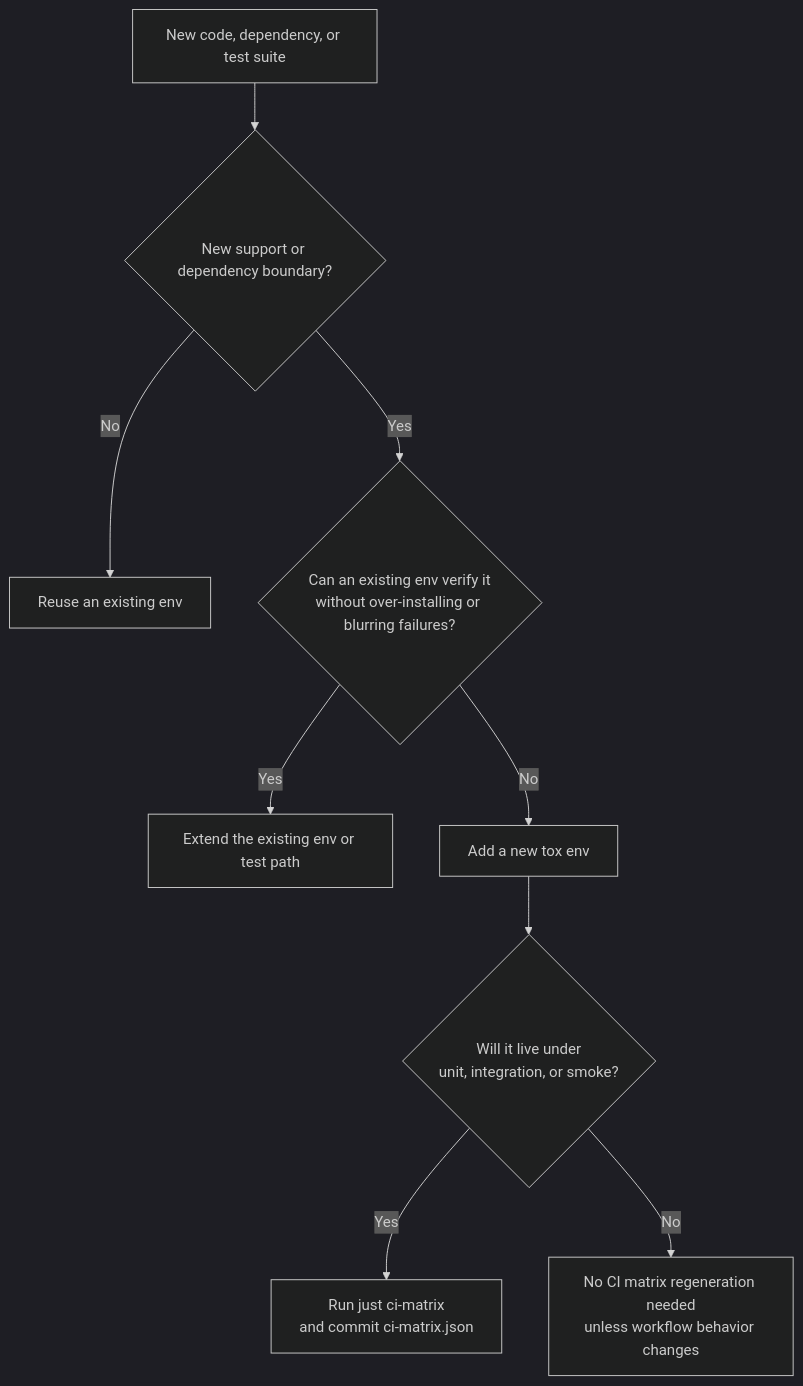
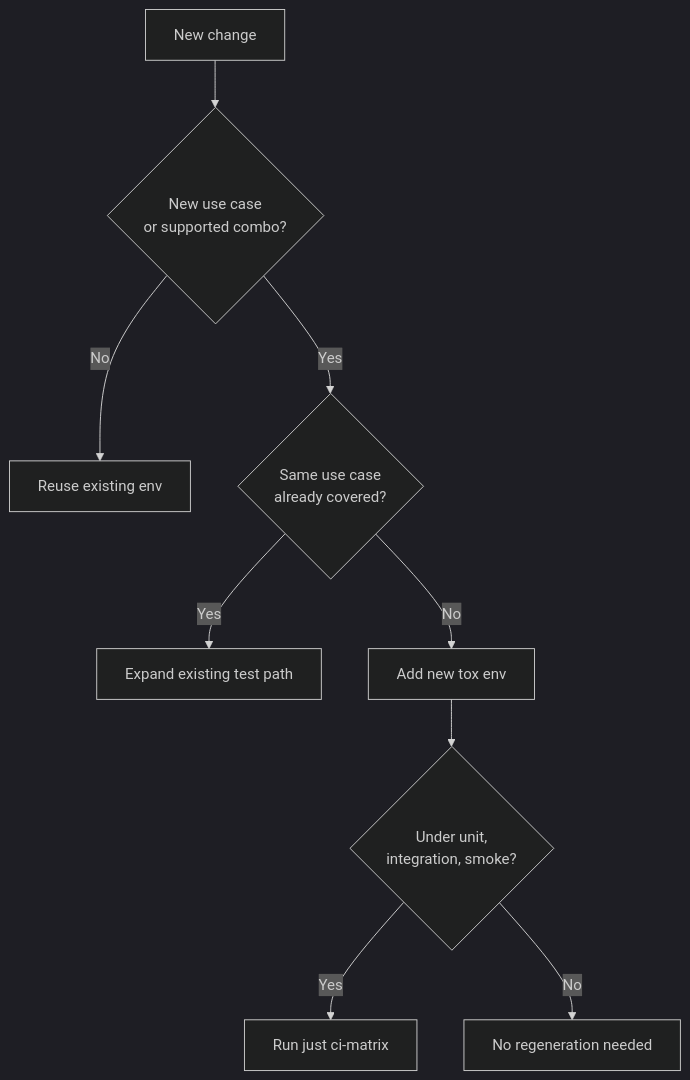
The third of 3 diagrams in docs/tox-and-dependency-matrix.md (elkin/shardyfusion), drawn with Mermaid (dark theme) before and after one commit. The commit also changed other lines of this file and 1 other file, not shown here.

````diff
--- a/docs/tox-and-dependency-matrix.md
+++ b/docs/tox-and-dependency-matrix.md
@@ -233,11 +253,11 @@
 ```mermaid
 flowchart TD
-    Start["New code, dependency, or test suite"] --> Boundary{"New support or dependency boundary?"}
-    Boundary -->|No| Reuse["Reuse an existing env"]
-    Boundary -->|Yes| Existing{"Can an existing env verify it\nwithout over-installing or blurring failures?"}
-    Existing -->|Yes| Extend["Extend the existing env or test path"]
-    Existing -->|No| NewEnv["Add a new tox env"]
-    NewEnv --> Label{"Will it live under\nunit, integration, or smoke?"}
-    Label -->|Yes| Matrix["Run just ci-matrix<br/>and commit ci-matrix.json"]
-    Label -->|No| LocalOnly["No CI matrix regeneration needed<br/>unless workflow behavior changes"]
+    Change[New change] --> Boundary{"New use case<br/>or supported combo?"}
+    Boundary -->|No| Reuse[Reuse existing env]
+    Boundary -->|Yes| Existing{"Same use case<br/>already covered?"}
+    Existing -->|Yes| Extend[Expand existing test path]
+    Existing -->|No| New[Add new tox env]
+    New --> Label{"Under unit,<br/>integration, smoke?"}
+    Label -->|Yes| MatrixRegen[Run just ci-matrix]
+    Label -->|No| SkipMatrix[No regeneration needed]
 ```
````
